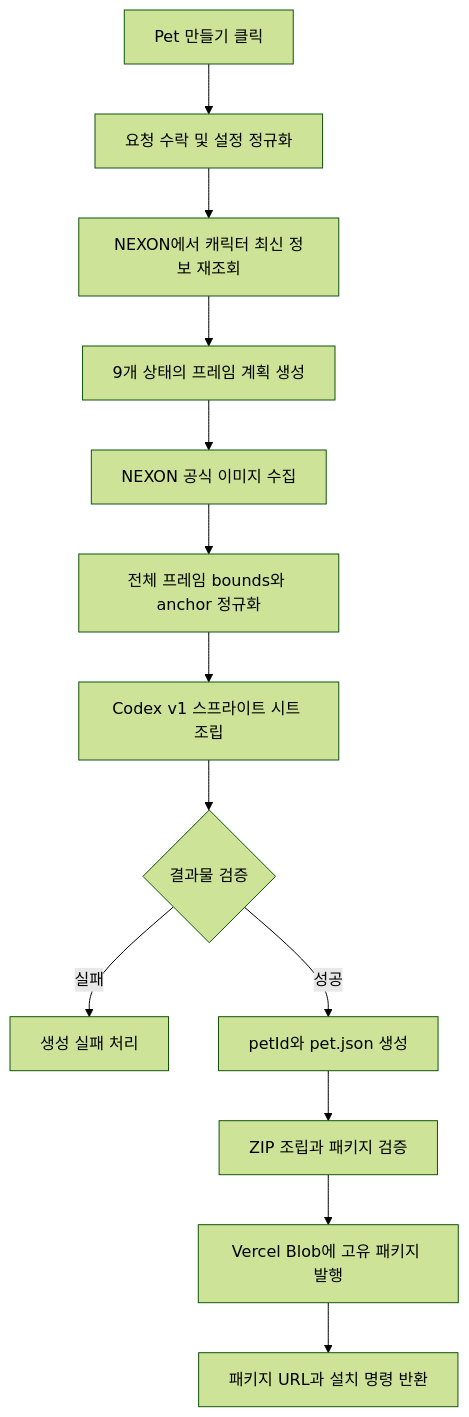
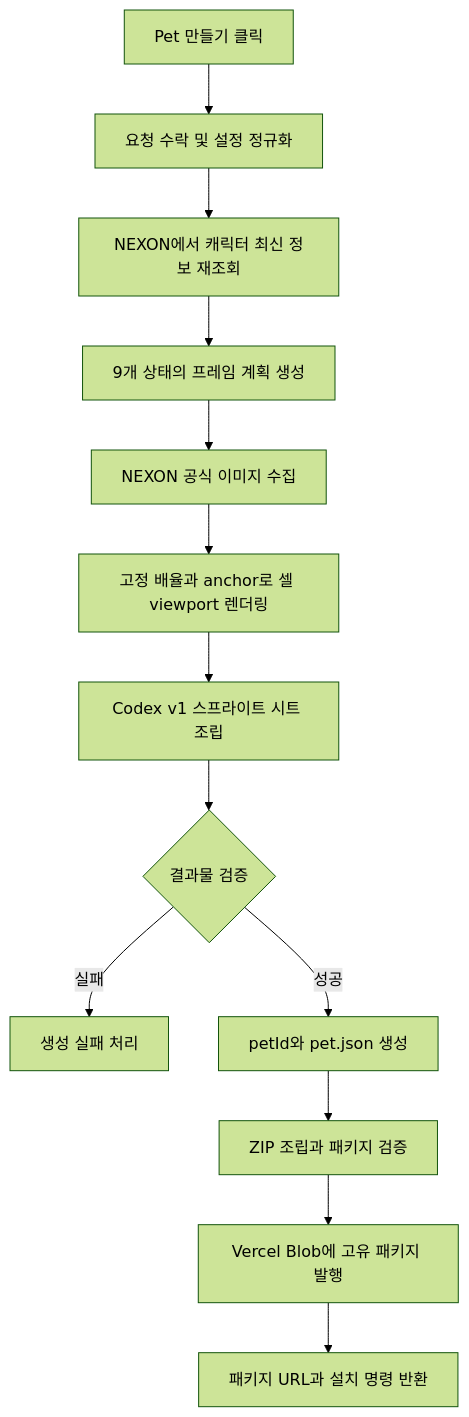
Before and after one commit to kangaroo19/maple-hatch-pet: the diagram in docs/product-spec/pet-generation-flow.md, drawn with Mermaid (forest theme). The commit also changed other lines of this file and 3 other files, not shown here.

Commit message:
fix: 펫 생성 크기를 고정 배율과 앵커로 정규화

````diff
--- a/docs/product-spec/pet-generation-flow.md
+++ b/docs/product-spec/pet-generation-flow.md
@@ -153,15 +153,15 @@
 ```mermaid
 flowchart TD
     A["Pet 만들기 클릭"] --> B["요청 수락 및 설정 정규화"]
     B --> C["NEXON에서 캐릭터 최신 정보 재조회"]
     C --> D["9개 상태의 프레임 계획 생성"]
     D --> E["NEXON 공식 이미지 수집"]
-    E --> F["전체 프레임 bounds와 anchor 정규화"]
+    E --> F["고정 배율과 anchor로 셀 viewport 렌더링"]
     F --> G["Codex v1 스프라이트 시트 조립"]
     G --> H{"결과물 검증"}
     H -->|"실패"| I["생성 실패 처리"]
     H -->|"성공"| J["petId와 pet.json 생성"]
     J --> K["ZIP 조립과 패키지 검증"]
     K --> L["Vercel Blob에 고유 패키지 발행"]
     L --> M["패키지 URL과 설치 명령 반환"]
 ```
````
